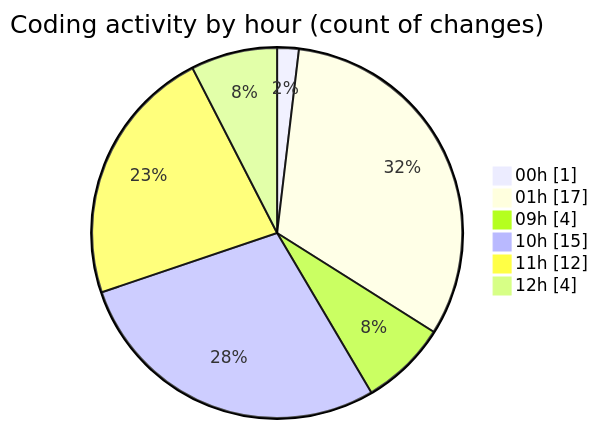
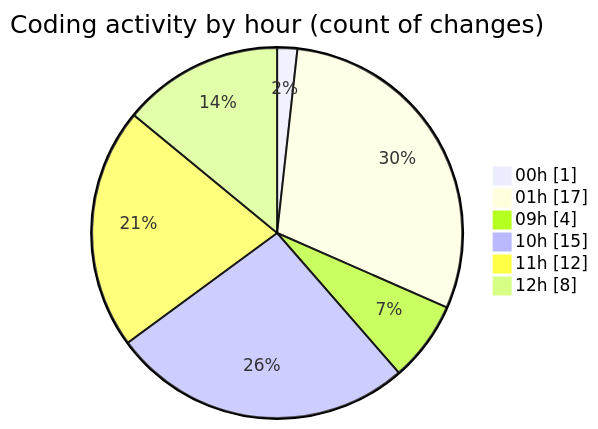
Before and after one commit to julien-gomy/code-tracking: the second of 2 diagrams in 2025-11-01/cdp_aleoudev_fr__workspace_/README.md, drawn with Mermaid. The commit also changed other lines of this file and 1 other file, not shown here.

````diff
--- a/2025-11-01/cdp_aleoudev_fr__workspace_/README.md
+++ b/2025-11-01/cdp_aleoudev_fr__workspace_/README.md
@@ -37,10 +37,10 @@
 ```mermaid
 pie showData
 title Coding activity by hour (count of changes)
 "00h" : 1
 "01h" : 17
 "09h" : 4
 "10h" : 15
 "11h" : 12
-"12h" : 4
+"12h" : 8
 ```
````
